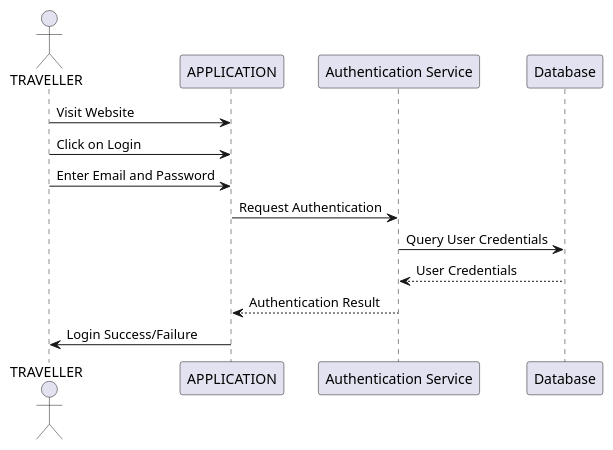
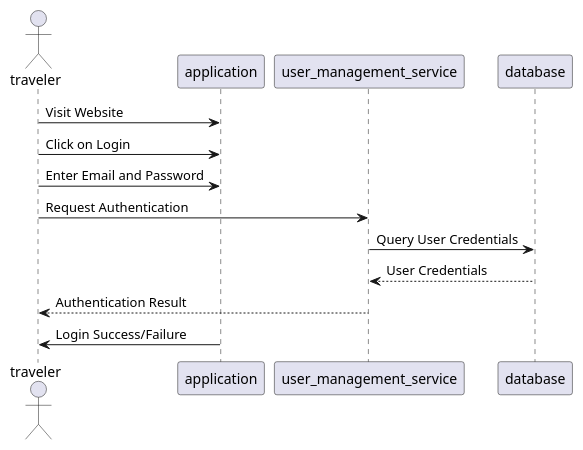
Before and after one commit to MadhbhavikaR/Oreilly-kata-mavericks: the diagram in uml/email_login.puml, drawn with PlantUML.

```diff
--- a/uml/email_login.puml
+++ b/uml/email_login.puml
@@ -1,18 +1,18 @@
 @startuml
-actor TRAVELLER as TRAVELLER
-participant APPLICATION as APPLICATION
-participant "Authentication Service" as AuthService
-participant "Database" as Database
+actor traveler as traveler
+participant application as application
+participant user_management_service as user_management_service
+participant database as database
 
-TRAVELLER -> APPLICATION: Visit Website
-TRAVELLER -> APPLICATION: Click on Login
+traveler -> application: Visit Website
+traveler -> application: Click on Login
 
-TRAVELLER -> APPLICATION: Enter Email and Password
-APPLICATION -> AuthService: Request Authentication
-AuthService -> Database: Query User Credentials
-Database --> AuthService: User Credentials
-AuthService --> APPLICATION: Authentication Result
+traveler -> application: Enter Email and Password
+traveler -> user_management_service: Request Authentication
+user_management_service -> database: Query User Credentials
+database --> user_management_service: User Credentials
+user_management_service --> traveler: Authentication Result
 
-TRAVELLER <- APPLICATION: Login Success/Failure
+traveler <- application: Login Success/Failure
 
 @enduml
```
